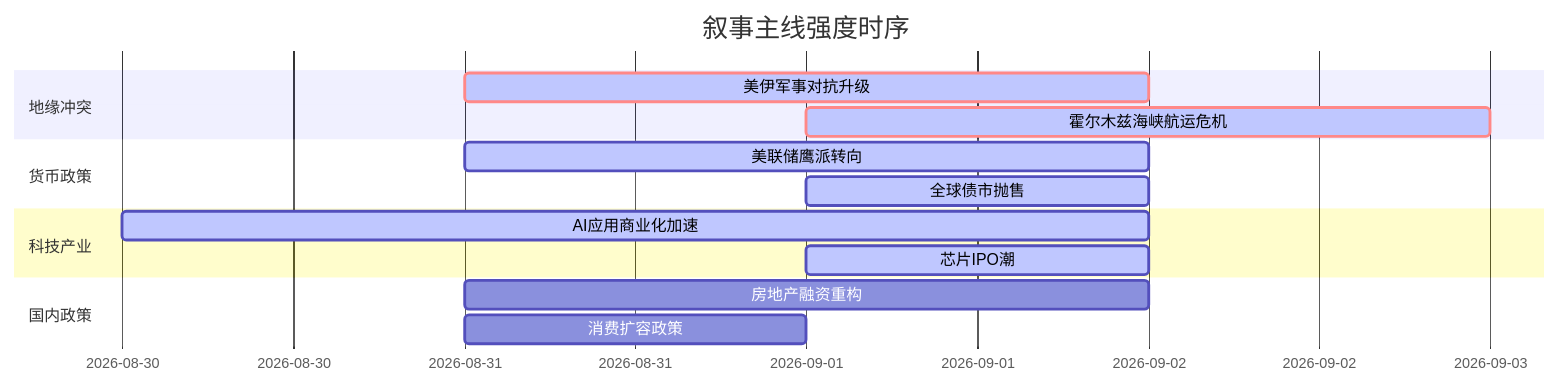
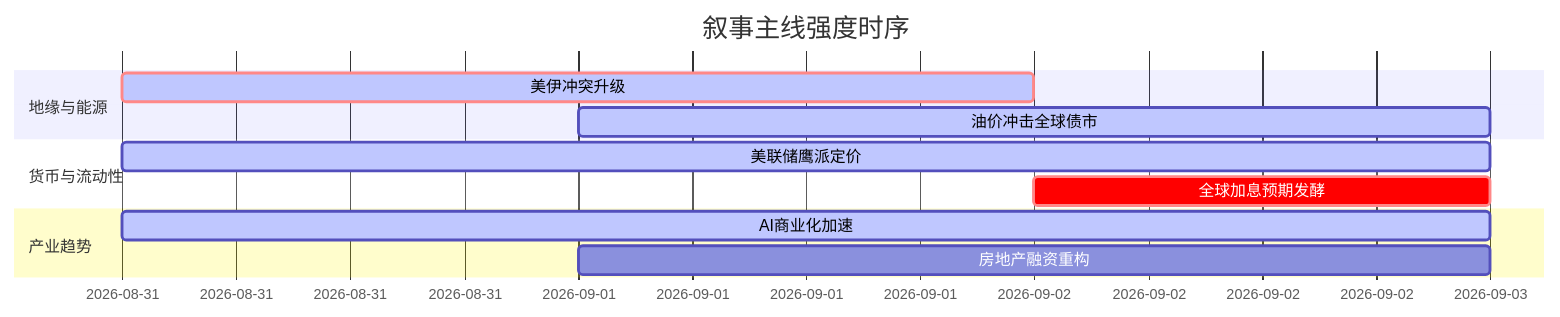
Before and after one commit to uu5zn/uu5zn.github.io: the diagram in 5day_report.md, drawn with Mermaid. The commit also changed other lines of this file and 23 other files, not shown here.

````diff
--- a/5day_report.md
+++ b/5day_report.md
@@ -86,20 +58,16 @@
 ```mermaid
 gantt
     title 叙事主线强度时序
-    dateFormat YYYY-MM-DD
-    section 地缘冲突
-    美伊军事对抗升级   :crit, active, 2026-08-31, 2d
-    霍尔木兹海峡航运危机   :crit, active, 2026-09-01, 2d
+    dateFormat  YYYY-MM-DD
+    section 地缘与能源
+    美伊冲突升级         :crit, active, 2026-08-31, 2d
+    油价冲击全球债市      :active, 2026-09-01, 2d
     
-    section 货币政策
-    美联储鹰派转向   :active, 2026-08-31, 2d
-    全球债市抛售   :active, 2026-09-01, 1d
+    section 货币与流动性
+    美联储鹰派定价        :active, 2026-08-31, 3d
+    全球加息预期发酵      :crit, 2026-09-02, 1d
     
-    section 科技产业
-    AI应用商业化加速   :active, 2026-08-30, 3d
-    芯片IPO潮   :active, 2026-09-01, 1d
-    
-    section 国内政策
-    房地产融资重构   :2026-08-31, 2d
-    消费扩容政策   :2026-08-31, 1d
+    section 产业趋势
+    AI商业化加速         :active, 2026-08-31, 3d
+    房地产融资重构        :2026-09-01, 2d
 ```
````
